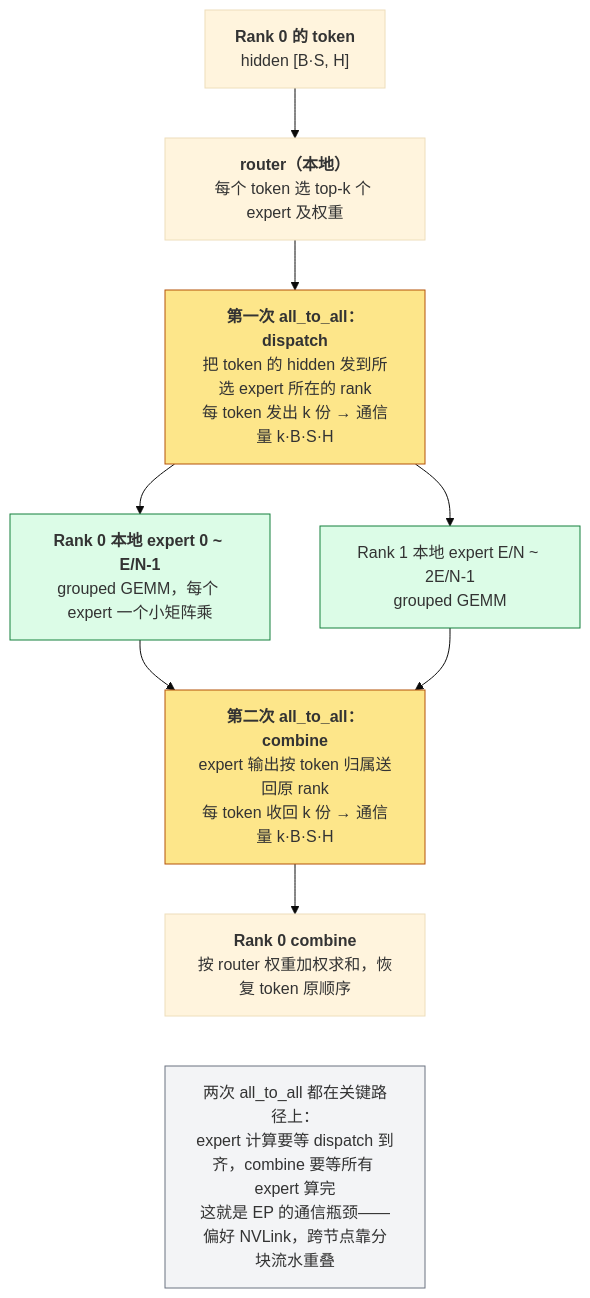
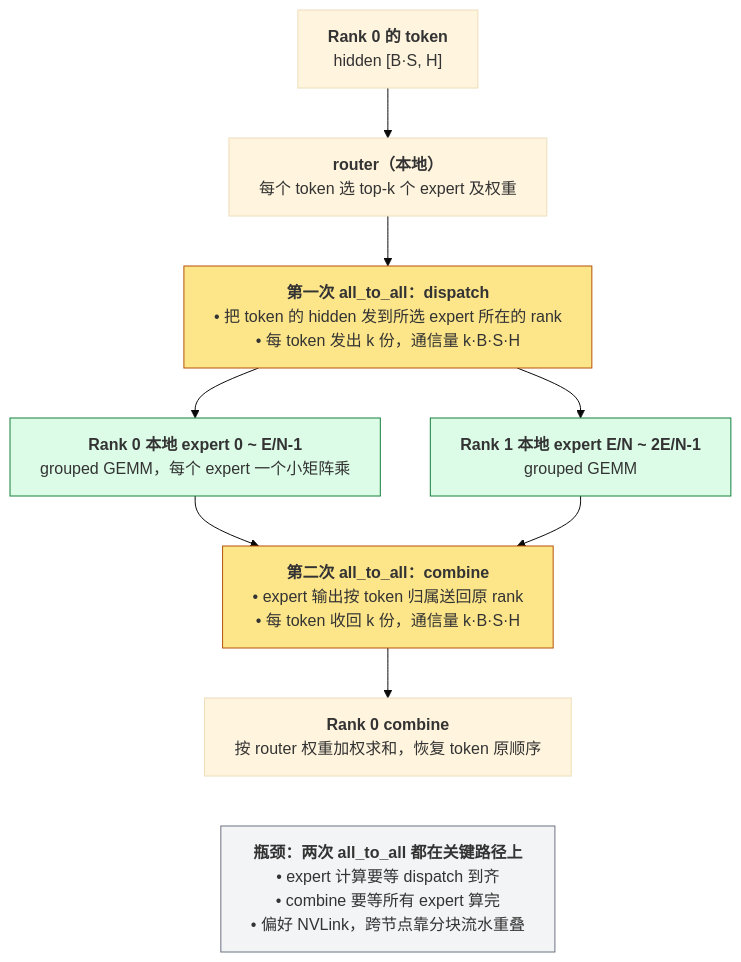
Before and after one commit to arganzheng/arganzheng.github.com: the fourth of 7 diagrams in _posts/2026-02-25-pytorch-distributed-training.md, drawn with Mermaid (base theme). The commit also changed other lines of this file and 2 other files, not shown here.

First line of the commit message:
PyTorch 09 分布式：补「计算切不切」维度、Kernel 定义、rendezvous 与 Local Rank

````diff
--- a/_posts/2026-02-25-pytorch-distributed-training.md
+++ b/_posts/2026-02-25-pytorch-distributed-training.md
@@ -1082,25 +1161,26 @@
 ```mermaid
+%%{init: {"flowchart": {"wrappingWidth": 480}}}%%
 %% 图：EP 中一批 token 的路径：router 选 expert，两次 all_to_all 分别做 dispatch 与 combine，都在关键路径上
 flowchart TB
     T0["<b>Rank 0 的 token</b><br/>hidden #91;B·S, H#93;"]
     R0["<b>router（本地）</b><br/>每个 token 选 top-k 个 expert 及权重"]
-    A2A1["<b>第一次 all_to_all：dispatch</b><br/>把 token 的 hidden 发到所选 expert 所在的 rank<br/>每 token 发出 k 份 → 通信量 k·B·S·H"]
+    A2A1["<b>第一次 all_to_all：dispatch</b><br/>• 把 token 的 hidden 发到所选 expert 所在的 rank<br/>• 每 token 发出 k 份，通信量 k·B·S·H"]
     E0["<b>Rank 0 本地 expert 0 ~ E/N-1</b><br/>grouped GEMM，每个 expert 一个小矩阵乘"]
-    E1["Rank 1 本地 expert E/N ~ 2E/N-1<br/>grouped GEMM"]
-    A2A2["<b>第二次 all_to_all：combine</b><br/>expert 输出按 token 归属送回原 rank<br/>每 token 收回 k 份 → 通信量 k·B·S·H"]
+    E1["<b>Rank 1 本地 expert E/N ~ 2E/N-1</b><br/>grouped GEMM"]
+    A2A2["<b>第二次 all_to_all：combine</b><br/>• expert 输出按 token 归属送回原 rank<br/>• 每 token 收回 k 份，通信量 k·B·S·H"]
     C0["<b>Rank 0 combine</b><br/>按 router 权重加权求和，恢复 token 原顺序"]
-    BOTTLE["两次 all_to_all 都在关键路径上：<br/>expert 计算要等 dispatch 到齐，combine 要等所有 expert 算完<br/>这就是 EP 的通信瓶颈——偏好 NVLink，跨节点靠分块流水重叠"]
+    BOTTLE["<b>瓶颈：两次 all_to_all 都在关键路径上</b><br/>• expert 计算要等 dispatch 到齐<br/>• combine 要等所有 expert 算完<br/>• 偏好 NVLink，跨节点靠分块流水重叠"]
     T0 --> R0 --> A2A1
     A2A1 --> E0
     A2A1 --> E1
     E0 --> A2A2
     E1 --> A2A2
     A2A2 --> C0
     C0 ~~~ BOTTLE
     classDef comm fill:#fde68a,stroke:#b45309;
     classDef expert fill:#dcfce7,stroke:#15803d;
     classDef remark fill:#f3f4f6,stroke:#6b7280;
     class A2A1,A2A2 comm;
     class E0,E1 expert;
     class BOTTLE remark;
 ```
````
